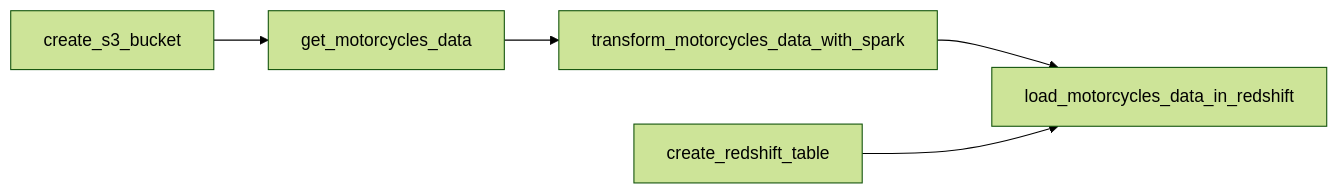
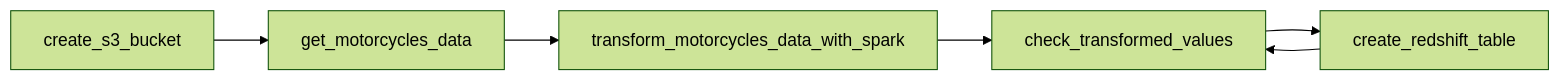
One commit to sebport0/EntregaFinal__SamuelBassi_DATENG_51935 changed the second of 2 diagrams in README.md. Above: the diagram before and after it, drawn with Mermaid (forest theme). The commit also changed other lines of this file and 1 other file, not shown here.

````diff
--- a/README.md
+++ b/README.md
@@ -60,7 +60,8 @@
 ```mermaid
 graph LR
     A[create_s3_bucket] --> B[get_motorcycles_data]
     B --> C[transform_motorcycles_data_with_spark]
-    C --> D[load_motorcycles_data_in_redshift]
+    C --> D[check_transformed_values]
+    D --> E[load_motorcycles_data_in_redshift]
     E[create_redshift_table] --> D
 ```
````
